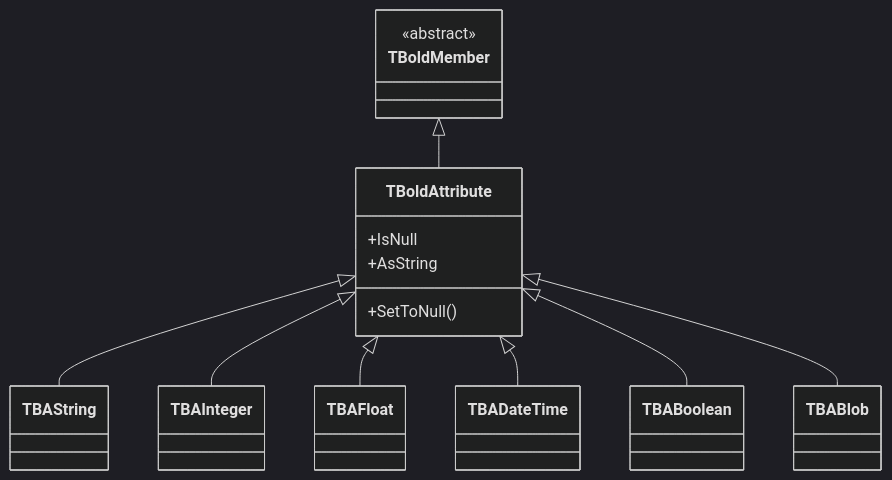
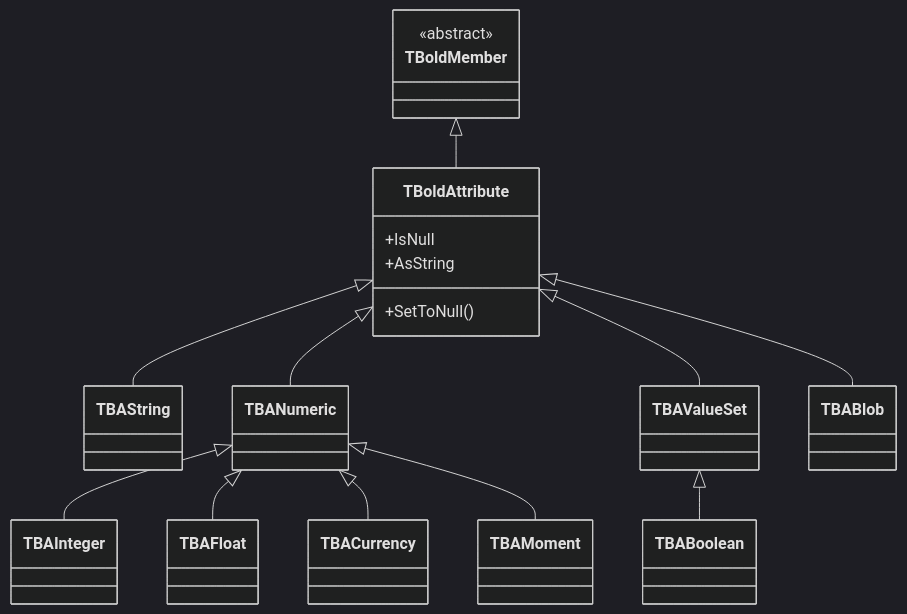
One commit to bero/BoldForDelphi changed the diagram in docs/classes/TBoldAttribute.md. Above: the diagram before and after it, drawn with Mermaid (dark theme). The commit also changed other lines of this file and 43 other files, not shown here.

````diff
--- a/docs/classes/TBoldAttribute.md
+++ b/docs/classes/TBoldAttribute.md
@@ -7,24 +7,29 @@
 ```mermaid
 classDiagram
     class TBoldMember {
         <<abstract>>
     }
     TBoldMember <|-- TBoldAttribute
     TBoldAttribute <|-- TBAString
-    TBoldAttribute <|-- TBAInteger
-    TBoldAttribute <|-- TBAFloat
-    TBoldAttribute <|-- TBADateTime
-    TBoldAttribute <|-- TBABoolean
+    TBoldAttribute <|-- TBANumeric
+    TBANumeric <|-- TBAInteger
+    TBANumeric <|-- TBAFloat
+    TBANumeric <|-- TBACurrency
+    TBANumeric <|-- TBAMoment
+    TBoldAttribute <|-- TBAValueSet
+    TBAValueSet <|-- TBABoolean
     TBoldAttribute <|-- TBABlob
 
     TBoldAttribute : +IsNull
     TBoldAttribute : +SetToNull()
     TBoldAttribute : +AsString
 
     click TBoldMember href "../TBoldMember/" "TBoldMember documentation"
     click TBAString href "../TBAString/" "TBAString documentation"
     click TBAInteger href "../TBAInteger/" "TBAInteger documentation"
     click TBAFloat href "../TBAFloat/" "TBAFloat documentation"
+    click TBACurrency href "../TBACurrency/" "TBACurrency documentation"
+    click TBAMoment href "../TBAMoment/" "TBAMoment documentation"
     click TBABoolean href "../TBABoolean/" "TBABoolean documentation"
     click TBABlob href "../TBABlob/" "TBABlob documentation"
 ```
````
